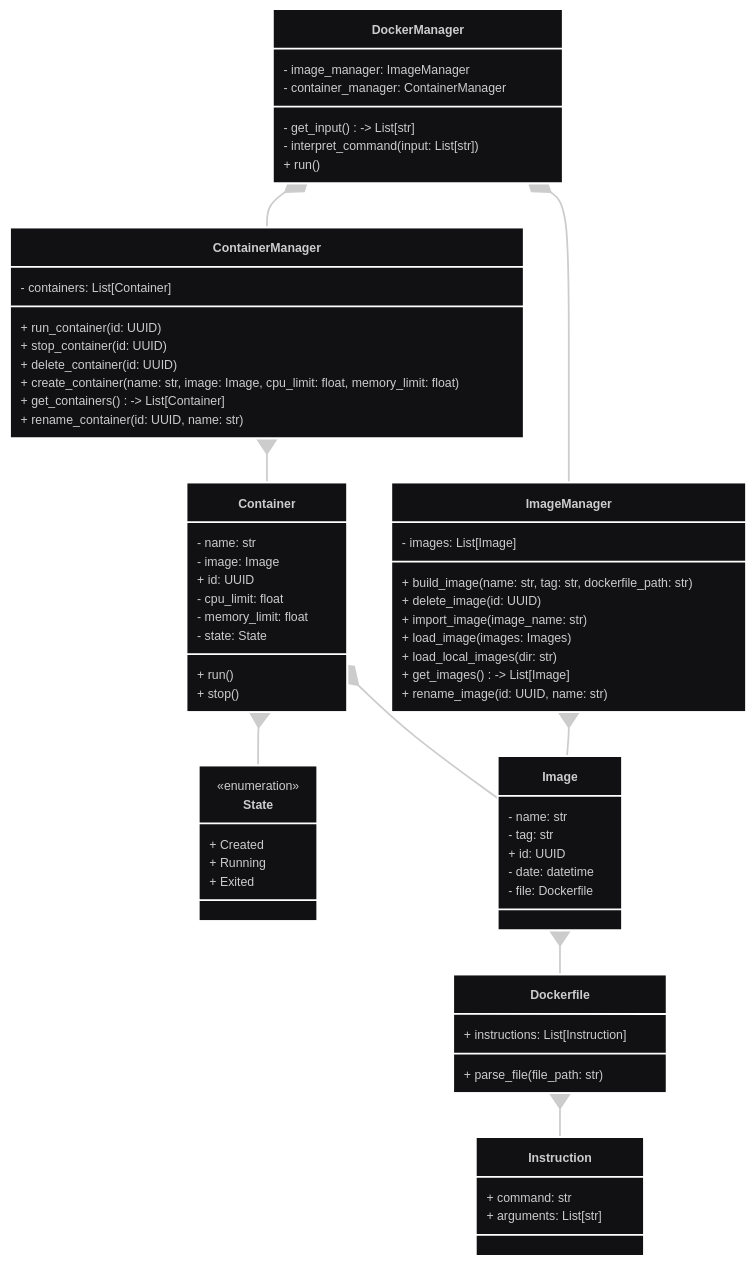
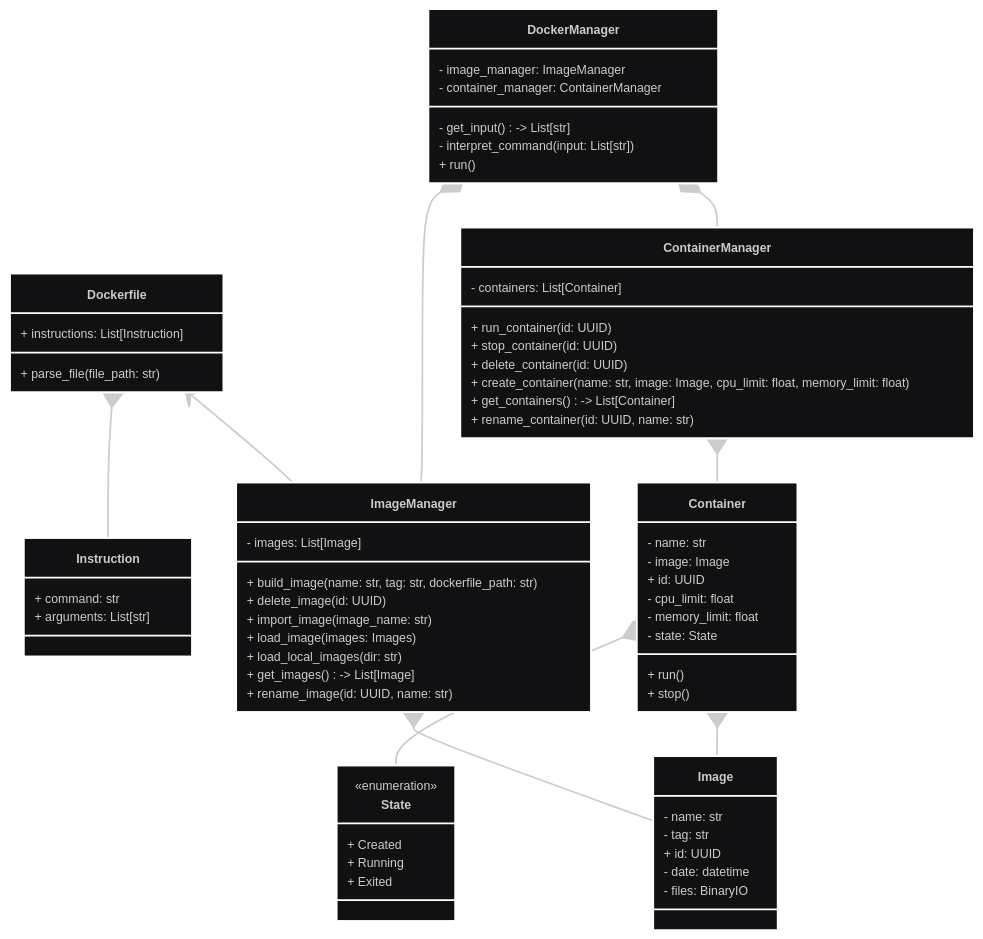
One commit to alonshuld/docker_poc changed the diagram in UML.mmd. Above: the diagram before and after it, drawn with Mermaid.

Commit message:
added file system to Image in the UML

```diff
--- a/UML.mmd
+++ b/UML.mmd
@@ -1,81 +1,73 @@
 ---
 config:
   theme: redux-dark
 ---
 classDiagram
-
-class Instruction{
-  + command: str
-  + arguments: List[str]
+direction TB
+class Instruction {
+    + command: str
+    + arguments: List[str]
+}
+class Dockerfile {
+    + instructions: List[Instruction]
+    + parse_file(file_path: str)
+}
+class Image {
+    - name: str
+    - tag: str
+    + id: UUID
+    - date: datetime
+    - files: BinaryIO
+}
+class ImageManager {
+    - images: List[Image]
+    + build_image(name: str, tag: str, dockerfile_path: str)
+    + delete_image(id: UUID)
+    + import_image(image_name: str)
+    + load_image(images: Images)
+    + load_local_images(dir: str)
+    + get_images() -> List[Image]
+    + rename_image(id: UUID, name: str)
+}
+class Container {
+    - name: str
+    - image: Image
+    + id: UUID
+    - cpu_limit: float
+    - memory_limit: float
+    - state: State
+    + run()
+    + stop()
+}
+class State {
+    + Created
+    + Running
+    + Exited
+}
+class ContainerManager {
+    - containers: List[Container]
+    + run_container(id: UUID)
+    + stop_container(id: UUID)
+    + delete_container(id: UUID)
+    + create_container(name: str, image: Image, cpu_limit: float, memory_limit: float)
+    + get_containers() -> List[Container]
+    + rename_container(id: UUID, name: str)
+}
+class DockerManager {
+    - image_manager: ImageManager
+    - container_manager: ContainerManager
+    - get_input() -> List[str]
+    - interpret_command(input: List[str])
+    + run()
 }
 
-class State{
-  <<enumeration>>
-  + Created
-  + Running
-  + Exited
-}
+<<enumeration>> State
 
-class Dockerfile {
-  + instructions: List[Instruction]
-  + parse_file(file_path: str)
-}
-
-class Image {
-  - name: str
-  - tag: str
-  + id: UUID
-  - date: datetime
-  - file: Dockerfile
-}
-
-class ImageManager{
-  - images: List[Image]
-  + build_image(name: str, tag: str, dockerfile_path: str)
-  + delete_image(id: UUID)
-  + import_image(image_name: str)
-  + load_image(images: Images)
-  + load_local_images(dir: str)
-  + get_images() -> List[Image]
-  + rename_image(id: UUID, name: str)
-}
-
-class Container{
-  - name: str
-  - image: Image
-  + id: UUID
-  - cpu_limit: float
-  - memory_limit: float
-  - state: State
-  + run()
-  + stop()
-}
-
-class ContainerManager{
-  - containers: List[Container]
-  + run_container(id: UUID)
-  + stop_container(id: UUID)
-  + delete_container(id: UUID)
-  + create_container(name: str, image: Image, cpu_limit: float, memory_limit: float)
-  + get_containers() -> List[Container]
-  + rename_container(id: UUID, name: str)
-}
-
-class DockerManager{
-  - image_manager: ImageManager
-  - container_manager: ContainerManager
-  - get_input() -> List[str]
-  - interpret_command(input: List[str])
-  + run()
-}
-
+ImageManager *-- Image
 Dockerfile *-- Instruction
-Image *-- Dockerfile
-ImageManager *-- Image
-
 Container *-- State
+Dockerfile <-- ImageManager
 Container *-- Image
 ContainerManager *-- Container
-
 DockerManager *-- ContainerManager
 DockerManager *-- ImageManager
```
